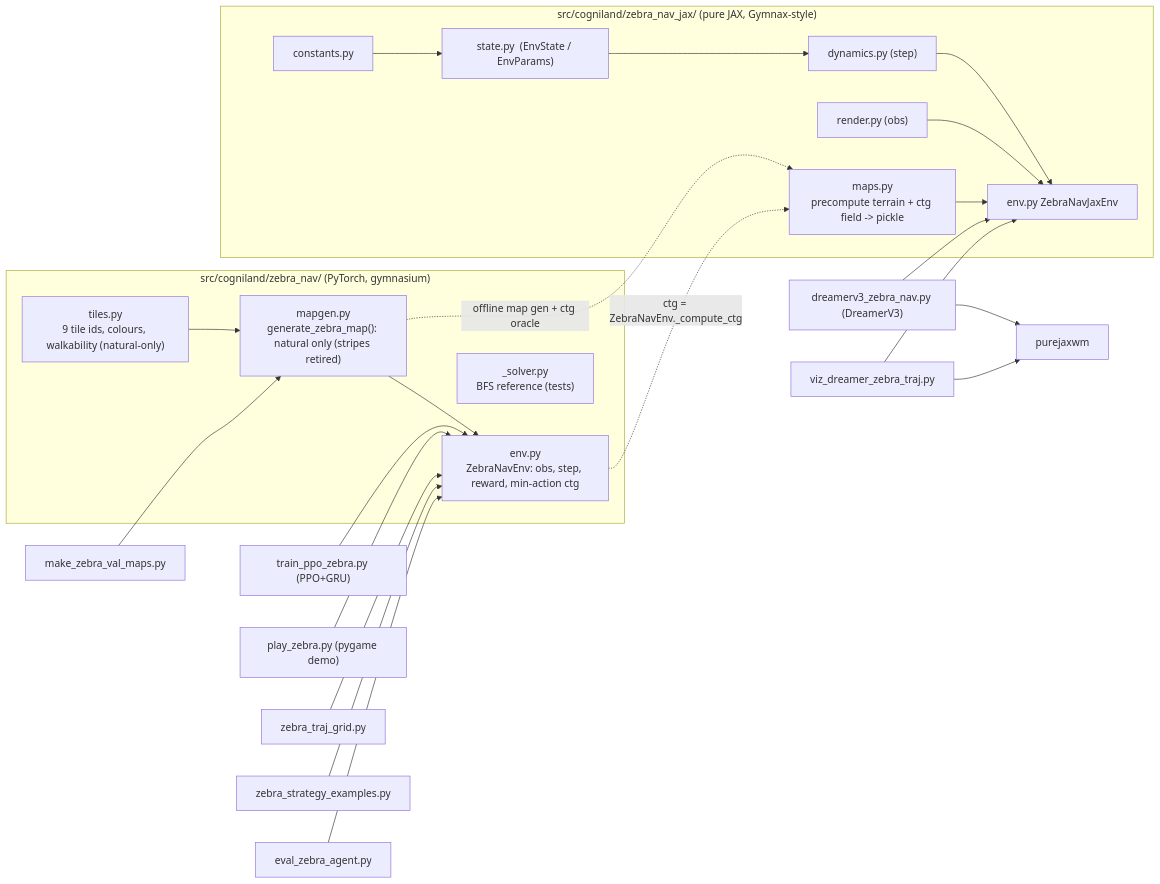
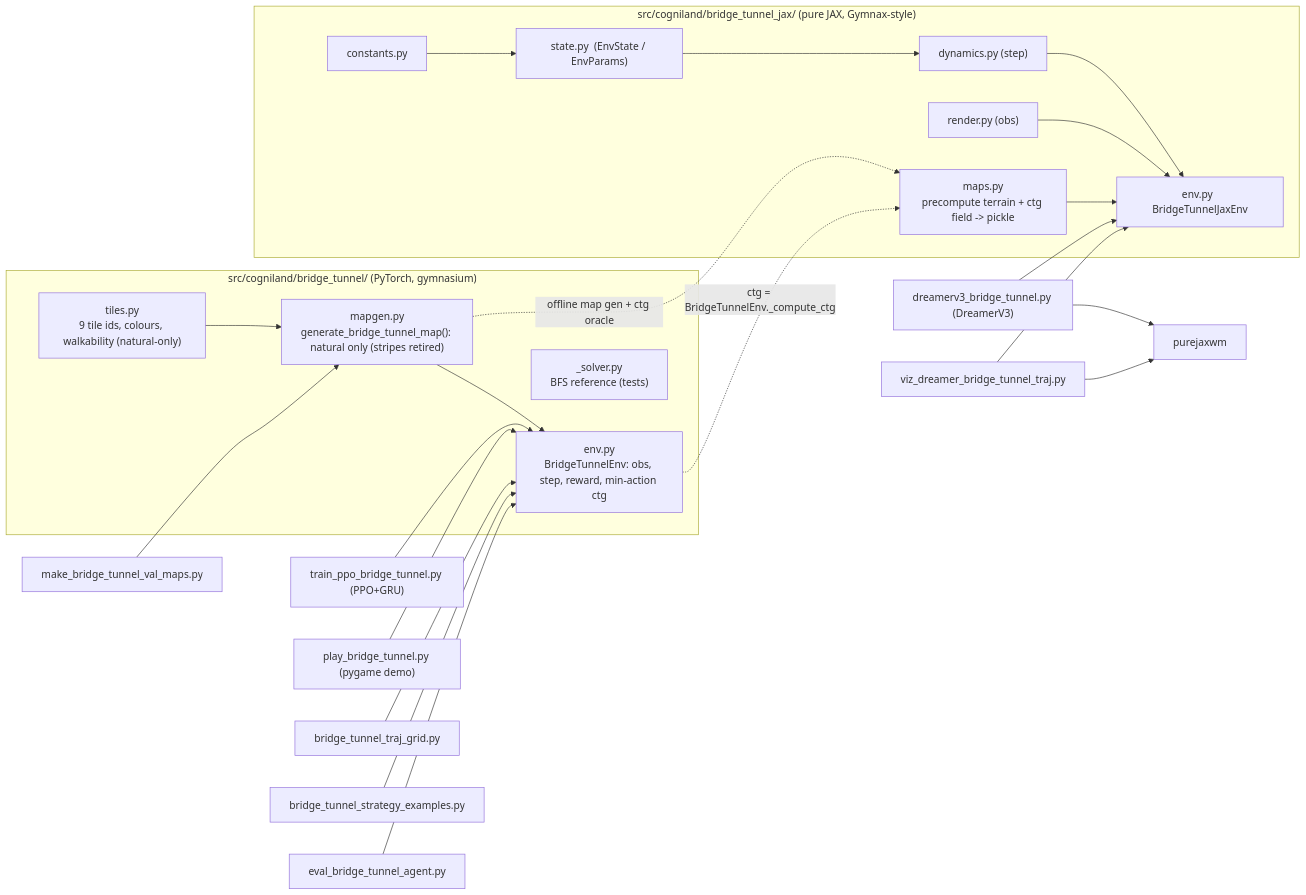
One commit to 0xbadc0ffe/Crusoe-Cogniland changed the second of 3 diagrams in docs/codebase_map.md. Above: the diagram before and after it, drawn with Mermaid. The commit also changed other lines of this file and 91 other files, not shown here.

First line of the commit message:
rename: zebra_nav → bridge_tunnel (env, modules, scripts, tests, models, paper, docs)

````diff
--- a/docs/codebase_map.md
+++ b/docs/codebase_map.md
@@ -76,38 +76,38 @@
 ```mermaid
 flowchart LR
-    subgraph SRC["src/cogniland/zebra_nav/  (PyTorch, gymnasium)"]
+    subgraph SRC["src/cogniland/bridge_tunnel/  (PyTorch, gymnasium)"]
         T["tiles.py<br/>9 tile ids, colours, walkability (natural-only)"]
-        M["mapgen.py<br/>generate_zebra_map(): natural only (stripes retired)"]
-        E["env.py<br/>ZebraNavEnv: obs, step, reward, min-action ctg"]
+        M["mapgen.py<br/>generate_bridge_tunnel_map(): natural only (stripes retired)"]
+        E["env.py<br/>BridgeTunnelEnv: obs, step, reward, min-action ctg"]
         S["_solver.py<br/>BFS reference (tests)"]
         T --> M --> E
     end
 
-    subgraph JAX["src/cogniland/zebra_nav_jax/  (pure JAX, Gymnax-style)"]
+    subgraph JAX["src/cogniland/bridge_tunnel_jax/  (pure JAX, Gymnax-style)"]
         JC["constants.py"]
         JS["state.py  (EnvState / EnvParams)"]
         JD["dynamics.py  (step)"]
         JR["render.py  (obs)"]
-        JE["env.py  ZebraNavJaxEnv"]
+        JE["env.py  BridgeTunnelJaxEnv"]
         JM["maps.py<br/>precompute terrain + ctg field -> pickle"]
         JC --> JS --> JD --> JE
         JR --> JE
     end
 
     M -. "offline map gen + ctg oracle" .-> JM
-    E -. "ctg = ZebraNavEnv._compute_ctg" .-> JM
+    E -. "ctg = BridgeTunnelEnv._compute_ctg" .-> JM
     JM --> JE
 
     %% consumers
-    PZ["train_ppo_zebra.py (PPO+GRU)"] --> E
-    PLAY["play_zebra.py (pygame demo)"] --> E
-    GRID["zebra_traj_grid.py"] --> E
-    STRAT["zebra_strategy_examples.py"] --> E
-    EVAL["eval_zebra_agent.py"] --> E
-    VAL["make_zebra_val_maps.py"] --> M
+    PZ["train_ppo_bridge_tunnel.py (PPO+GRU)"] --> E
+    PLAY["play_bridge_tunnel.py (pygame demo)"] --> E
+    GRID["bridge_tunnel_traj_grid.py"] --> E
+    STRAT["bridge_tunnel_strategy_examples.py"] --> E
+    EVAL["eval_bridge_tunnel_agent.py"] --> E
+    VAL["make_bridge_tunnel_val_maps.py"] --> M
 
-    DZ["dreamerv3_zebra_nav.py (DreamerV3)"] --> JE
-    VDZ["viz_dreamer_zebra_traj.py"] --> JE
+    DZ["dreamerv3_bridge_tunnel.py (DreamerV3)"] --> JE
+    VDZ["viz_dreamer_bridge_tunnel_traj.py"] --> JE
     DZ --> PURE["purejaxwm"]
     VDZ --> PURE
 ```
````
